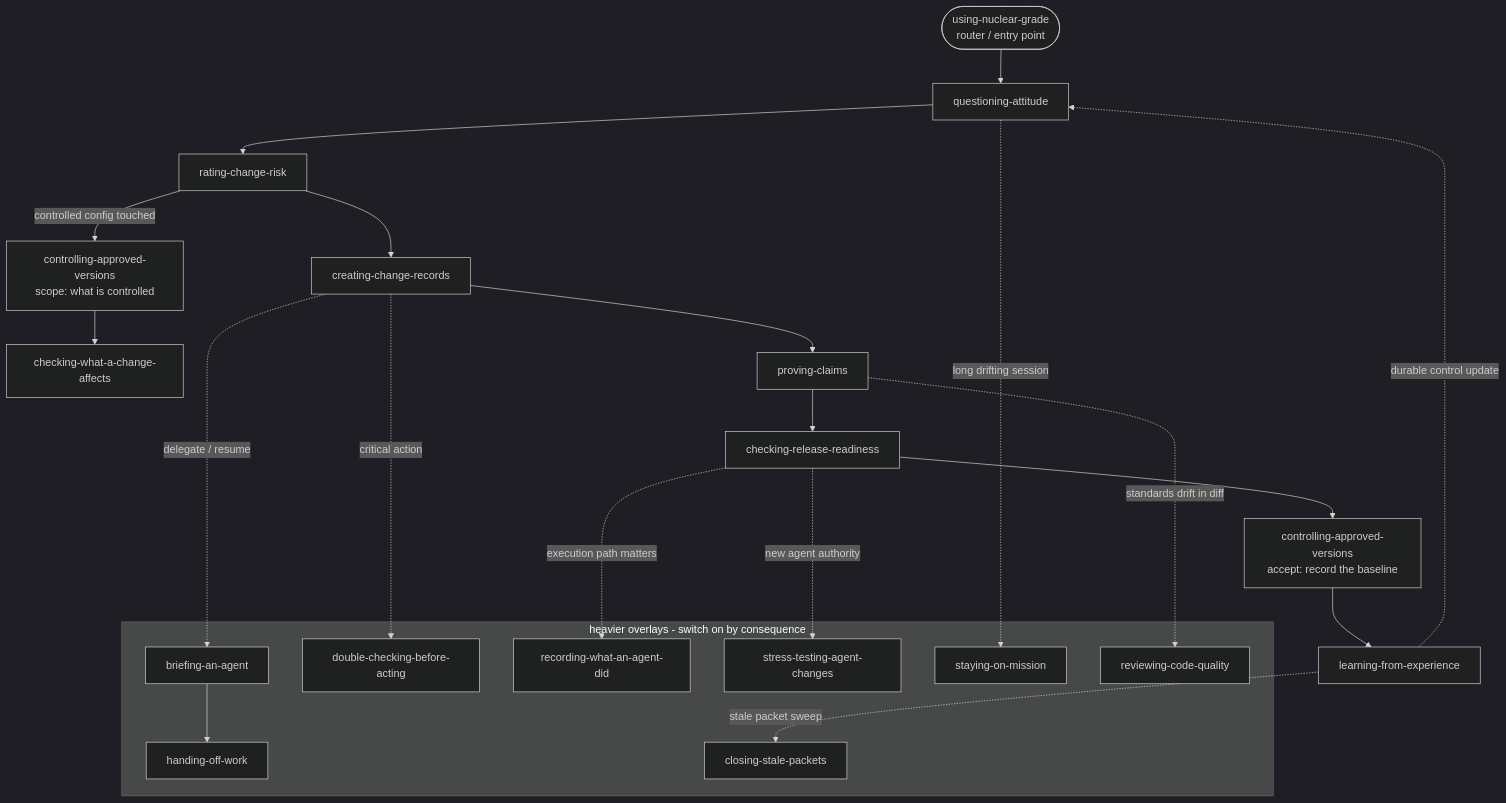
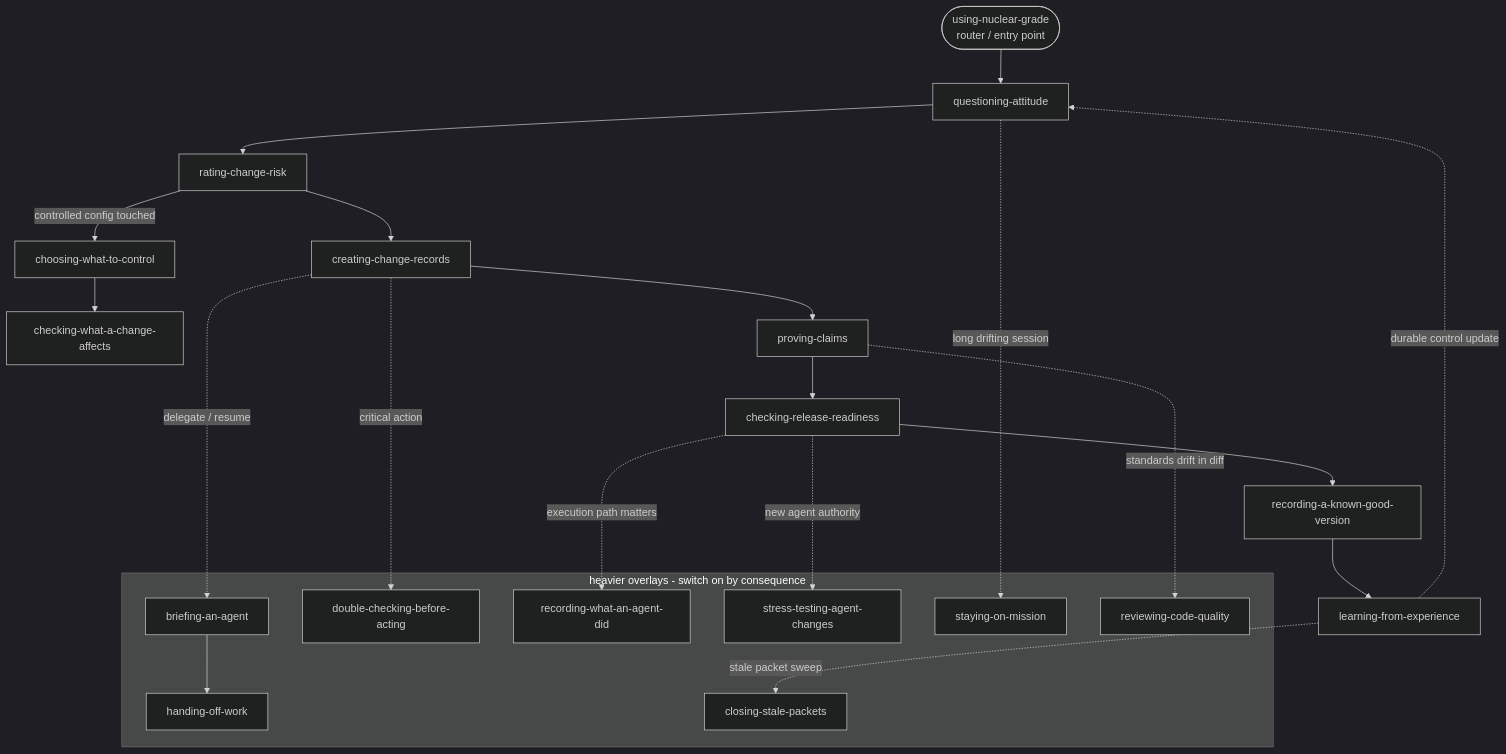
Before and after one commit to FlyFission/nuclear-grade-context-engineering: the fifth of 12 diagrams in docs/diagrams.md, drawn with Mermaid (dark theme). The commit also changed other lines of this file and 53 other files, not shown here.

````diff
--- a/docs/diagrams.md
+++ b/docs/diagrams.md
@@ -175,34 +175,34 @@
 ```mermaid
 flowchart TD
     UNG([using-nuclear-grade<br/>router / entry point])
     UNG --> QA[questioning-attitude]
     QA --> CCR[rating-change-risk]
-    CCR -->|controlled config touched| ICI[controlling-approved-versions<br/>scope: what is controlled]
+    CCR -->|controlled config touched| ICI[choosing-what-to-control]
     CCR --> CCP[creating-change-records]
     ICI --> SCI[checking-what-a-change-affects]
     CCP --> PC[proving-claims]
     PC --> RSR[checking-release-readiness]
-    RSR --> BC[controlling-approved-versions<br/>accept: record the baseline]
+    RSR --> BC[recording-a-known-good-version]
     BC --> LFO[learning-from-experience]
     LFO -.durable control update.-> QA
 
     subgraph overlays[heavier overlays - switch on by consequence]
       PAC[briefing-an-agent]
       TOW[handing-off-work]
       SCA[double-checking-before-acting]
       TAE[recording-what-an-agent-did]
       RTA[stress-testing-agent-changes]
       CMD[staying-on-mission]
       RCQ[reviewing-code-quality]
       CSP[closing-stale-packets]
     end
 
     CCP -.delegate / resume.-> PAC
     PAC --> TOW
     CCP -.critical action.-> SCA
     RSR -.new agent authority.-> RTA
     RSR -.execution path matters.-> TAE
     QA -.long drifting session.-> CMD
     PC -.standards drift in diff.-> RCQ
     LFO -.stale packet sweep.-> CSP
 ```
````
